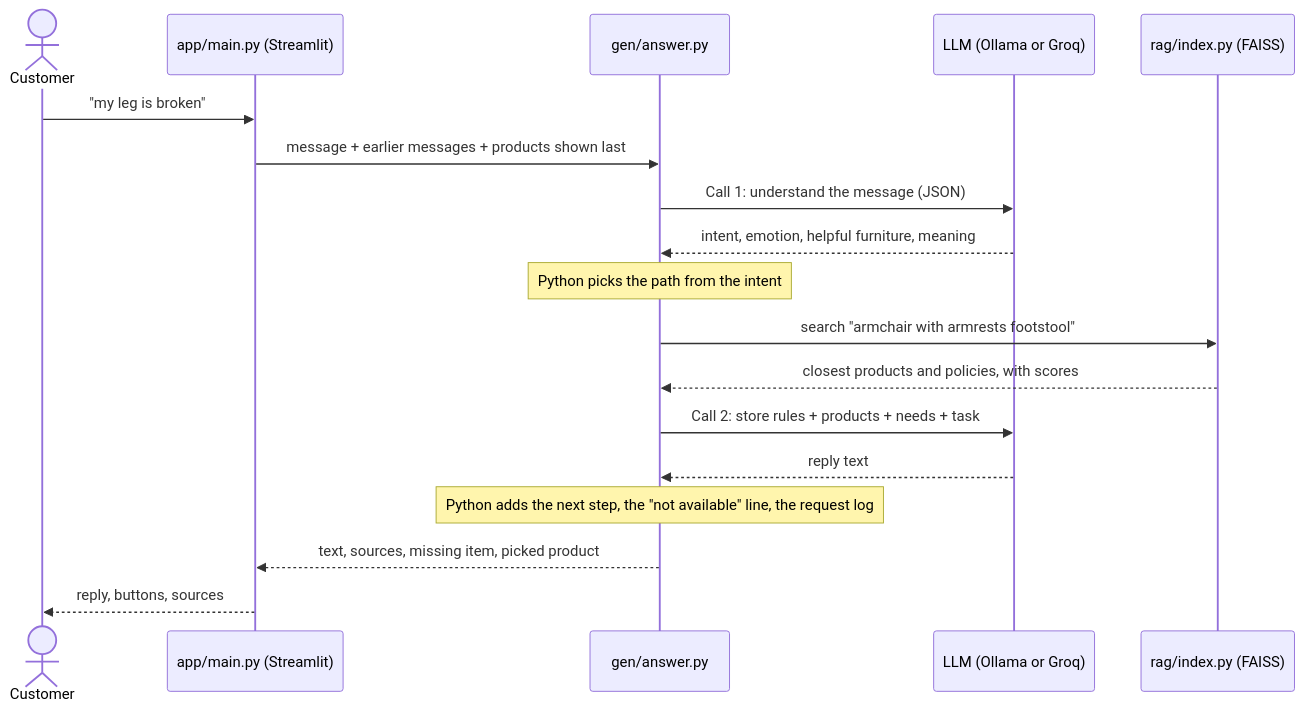
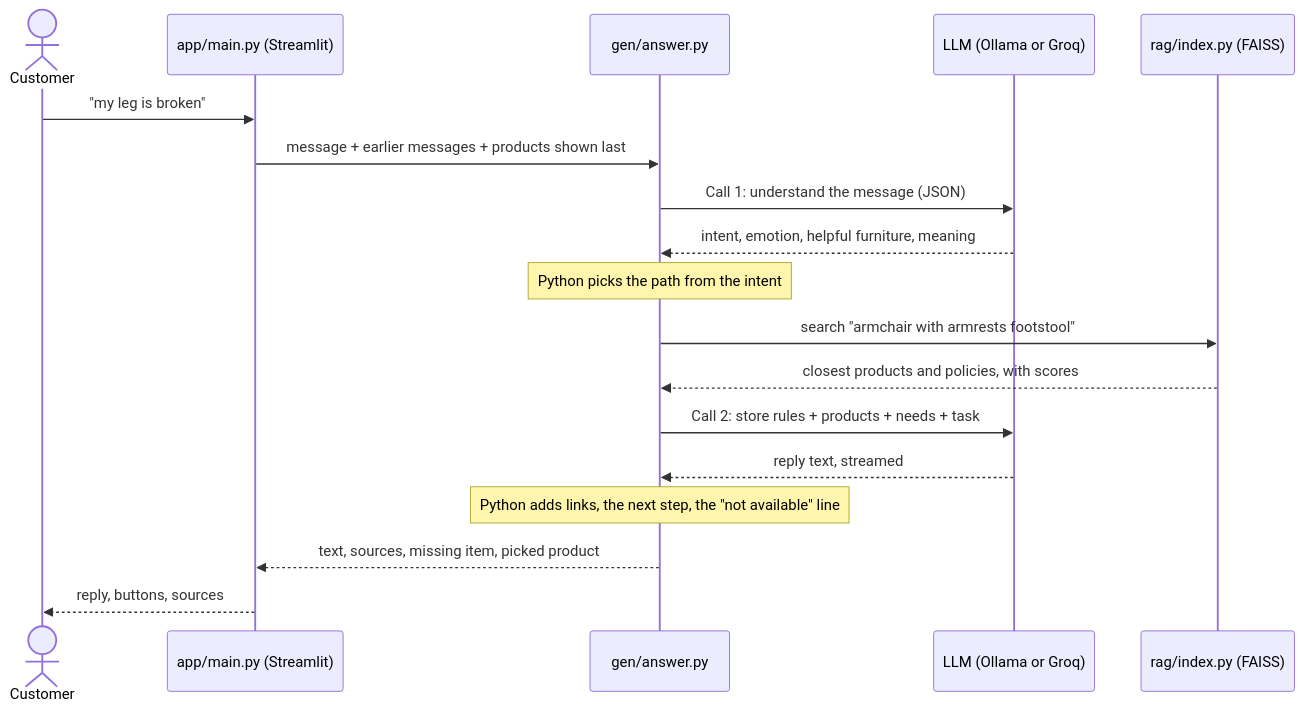
The diagram in README.md (TusharParlikar/Store-RAG-Bot), drawn with Mermaid before and after one commit. The commit also changed other lines of this file, not shown here.

Commit message:
README: shorter, standard structure, example chat, roadmap; detail moved to docs/

````diff
--- a/README.md
+++ b/README.md
@@ -22,20 +53,20 @@
 ```mermaid
 sequenceDiagram
     actor C as Customer
     participant UI as app/main.py (Streamlit)
     participant A as gen/answer.py
     participant L as LLM (Ollama or Groq)
     participant F as rag/index.py (FAISS)
     C->>UI: "my leg is broken"
     UI->>A: message + earlier messages + products shown last
     A->>L: Call 1: understand the message (JSON)
     L-->>A: intent, emotion, helpful furniture, meaning
     Note over A: Python picks the path from the intent
     A->>F: search "armchair with armrests footstool"
     F-->>A: closest products and policies, with scores
     A->>L: Call 2: store rules + products + needs + task
-    L-->>A: reply text
-    Note over A: Python adds the next step, the "not available" line, the request log
+    L-->>A: reply text, streamed
+    Note over A: Python adds links, the next step, the "not available" line
     A-->>UI: text, sources, missing item, picked product
     UI-->>C: reply, buttons, sources
 ```
````
